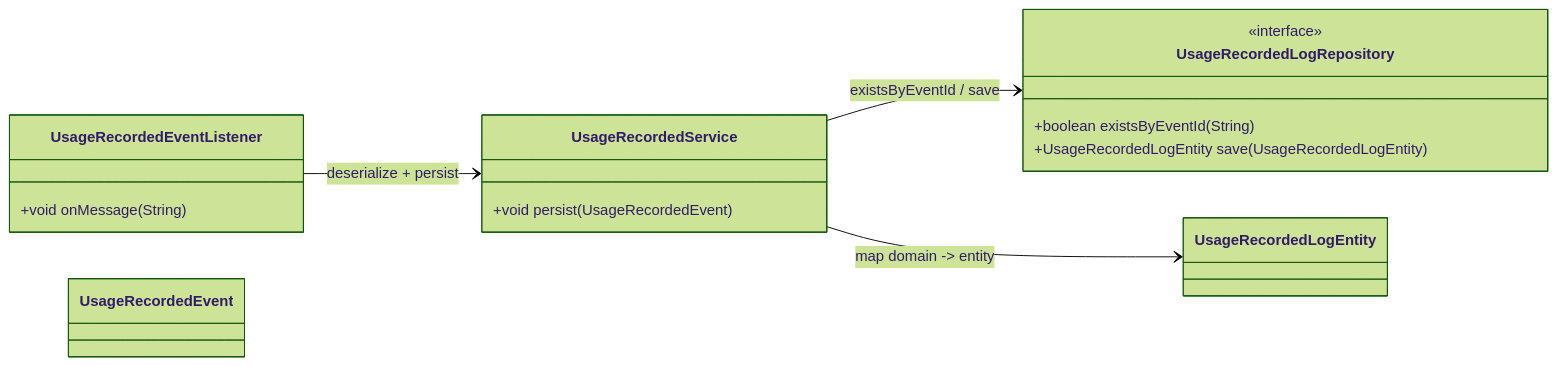
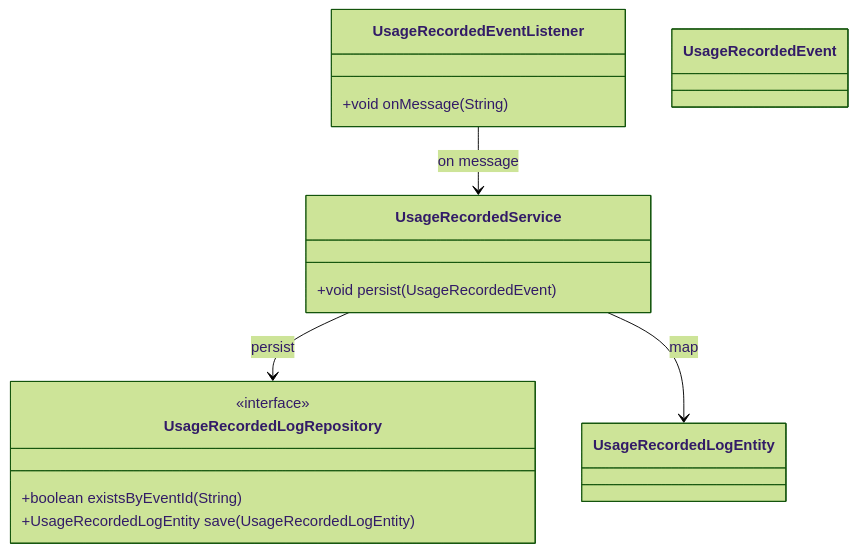
The fifth of 11 diagrams in docs/c4-architecture-diagrams.md (Zero-Bug-Freinds/ai-api-usage-monitor), drawn with Mermaid (forest theme) before and after one commit. The commit also changed other lines of this file and 1 other file, not shown here.

````diff
--- a/docs/c4-architecture-diagrams.md
+++ b/docs/c4-architecture-diagrams.md
@@ -192,25 +213,25 @@
 ```mermaid
 classDiagram
-direction LR
+direction TB
 
 class UsageRecordedEventListener {
   +void onMessage(String)
 }
 
 class UsageRecordedService {
   +void persist(UsageRecordedEvent)
 }
 
 class UsageRecordedLogRepository {
   <<interface>>
   +boolean existsByEventId(String)
   +UsageRecordedLogEntity save(UsageRecordedLogEntity)
 }
 
 class UsageRecordedLogEntity
 class UsageRecordedEvent
 
-UsageRecordedEventListener --> UsageRecordedService : deserialize + persist
-UsageRecordedService --> UsageRecordedLogRepository : existsByEventId / save
-UsageRecordedService --> UsageRecordedLogEntity : map domain -> entity
+UsageRecordedEventListener --> UsageRecordedService : on message
+UsageRecordedService --> UsageRecordedLogRepository : persist
+UsageRecordedService --> UsageRecordedLogEntity : map
 ```
````
